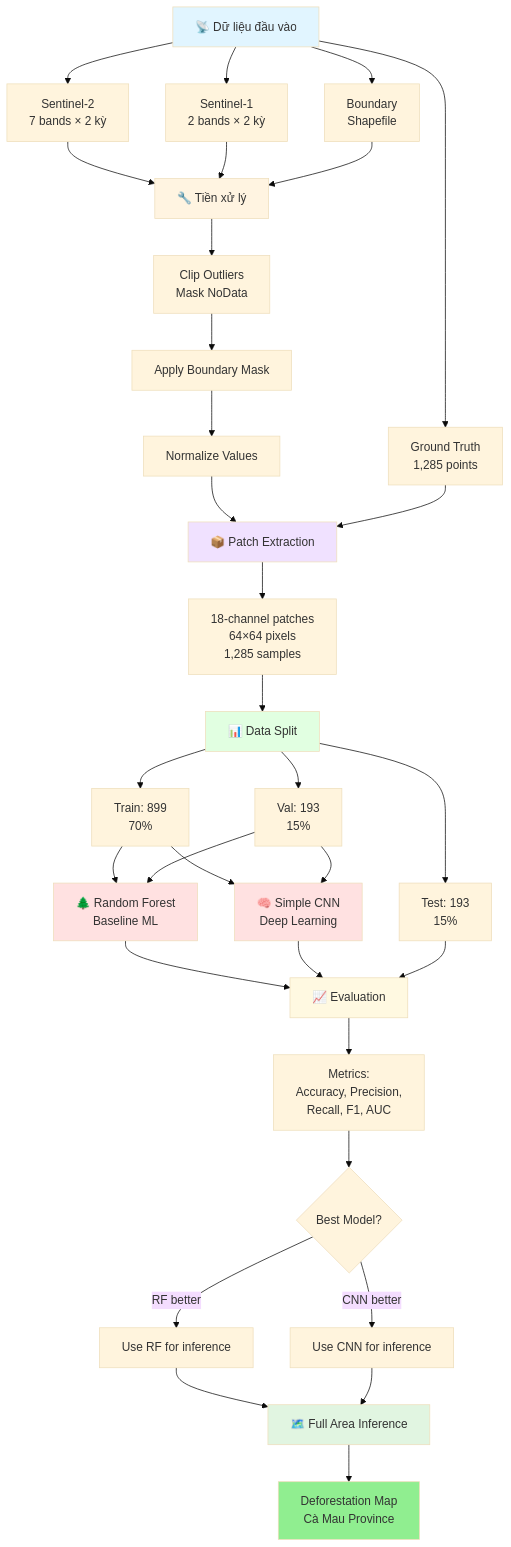
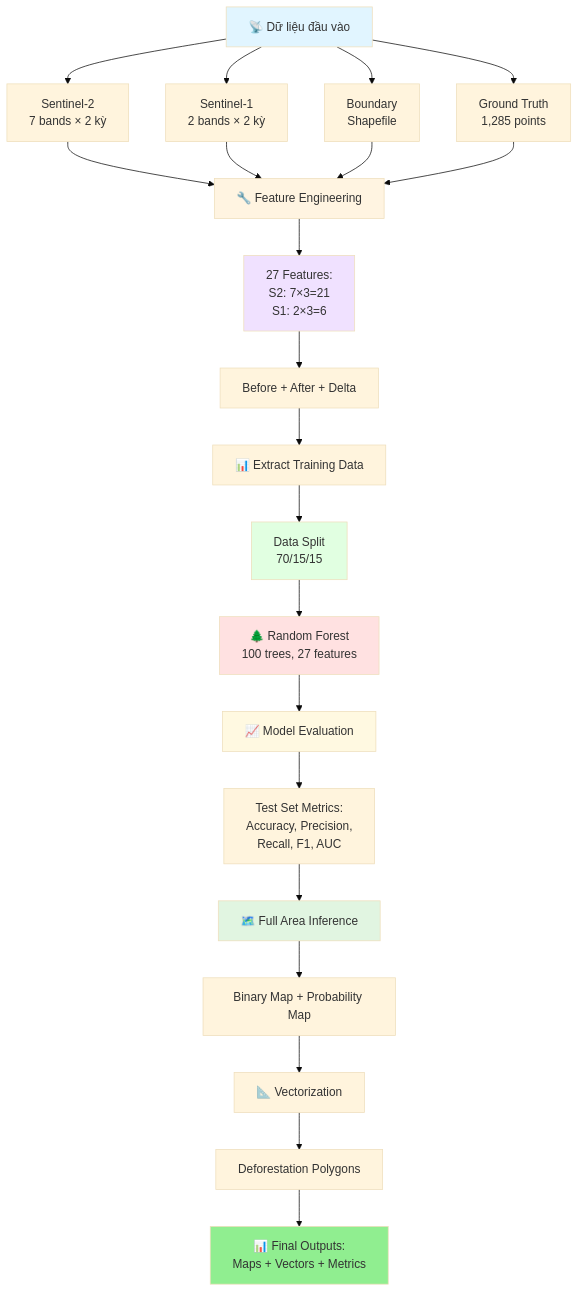
One commit to ninhhaidang/ForestMonitoring-CaMau changed the first of 2 diagrams in README.md. Above: the diagram before and after it, drawn with Mermaid (base theme). The commit also changed other lines of this file and 67 other files, not shown here.

Commit message:
big update for random forest and prepare for deep learning

````diff
--- a/README.md
+++ b/README.md
@@ -25,58 +25,40 @@
 ```mermaid
 flowchart TD
     A[📡 Dữ liệu đầu vào] --> B[Sentinel-2<br/>7 bands × 2 kỳ]
     A --> C[Sentinel-1<br/>2 bands × 2 kỳ]
     A --> D[Ground Truth<br/>1,285 points]
     A --> E[Boundary<br/>Shapefile]
 
-    B --> F[🔧 Tiền xử lý]
+    B --> F[🔧 Feature Engineering]
     C --> F
     E --> F
+    D --> F
 
-    F --> G[Clip Outliers<br/>Mask NoData]
-    G --> H[Apply Boundary Mask]
-    H --> I[Normalize Values]
+    F --> G[27 Features:<br/>S2: 7×3=21<br/>S1: 2×3=6]
+    G --> H[Before + After + Delta]
 
-    I --> J[📦 Patch Extraction]
-    D --> J
+    H --> I[📊 Extract Training Data]
+    I --> J[Data Split<br/>70/15/15]
 
-    J --> K[18-channel patches<br/>64×64 pixels<br/>1,285 samples]
+    J --> K[🌲 Random Forest<br/>100 trees, 27 features]
 
-    K --> L[📊 Data Split]
-    L --> M[Train: 899<br/>70%]
-    L --> N[Val: 193<br/>15%]
-    L --> O[Test: 193<br/>15%]
+    K --> L[📈 Model Evaluation]
+    L --> M[Test Set Metrics:<br/>Accuracy, Precision,<br/>Recall, F1, AUC]
 
-    M --> P[🌲 Random Forest<br/>Baseline ML]
-    M --> Q[🧠 Simple CNN<br/>Deep Learning]
+    M --> N[🗺️ Full Area Inference]
+    N --> O[Binary Map + Probability Map]
 
-    N --> P
-    N --> Q
+    O --> P[📐 Vectorization]
+    P --> Q[Deforestation Polygons]
 
-    P --> R[📈 Evaluation]
-    Q --> R
-
-    O --> R
-
-    R --> S[Metrics:<br/>Accuracy, Precision,<br/>Recall, F1, AUC]
-
-    S --> T{Best Model?}
-
-    T -->|RF better| U[Use RF for inference]
-    T -->|CNN better| V[Use CNN for inference]
-
-    U --> W[🗺️ Full Area Inference]
-    V --> W
-
-    W --> X[Deforestation Map<br/>Cà Mau Province]
+    Q --> R[📊 Final Outputs:<br/>Maps + Vectors + Metrics]
 
     style A fill:#e1f5ff
     style F fill:#fff4e1
-    style J fill:#f0e1ff
-    style L fill:#e1ffe1
-    style P fill:#ffe1e1
-    style Q fill:#ffe1e1
-    style R fill:#fff9e1
-    style W fill:#e1f5e1
-    style X fill:#90EE90
+    style G fill:#f0e1ff
+    style J fill:#e1ffe1
+    style K fill:#ffe1e1
+    style L fill:#fff9e1
+    style N fill:#e1f5e1
+    style R fill:#90EE90
 ```
````
